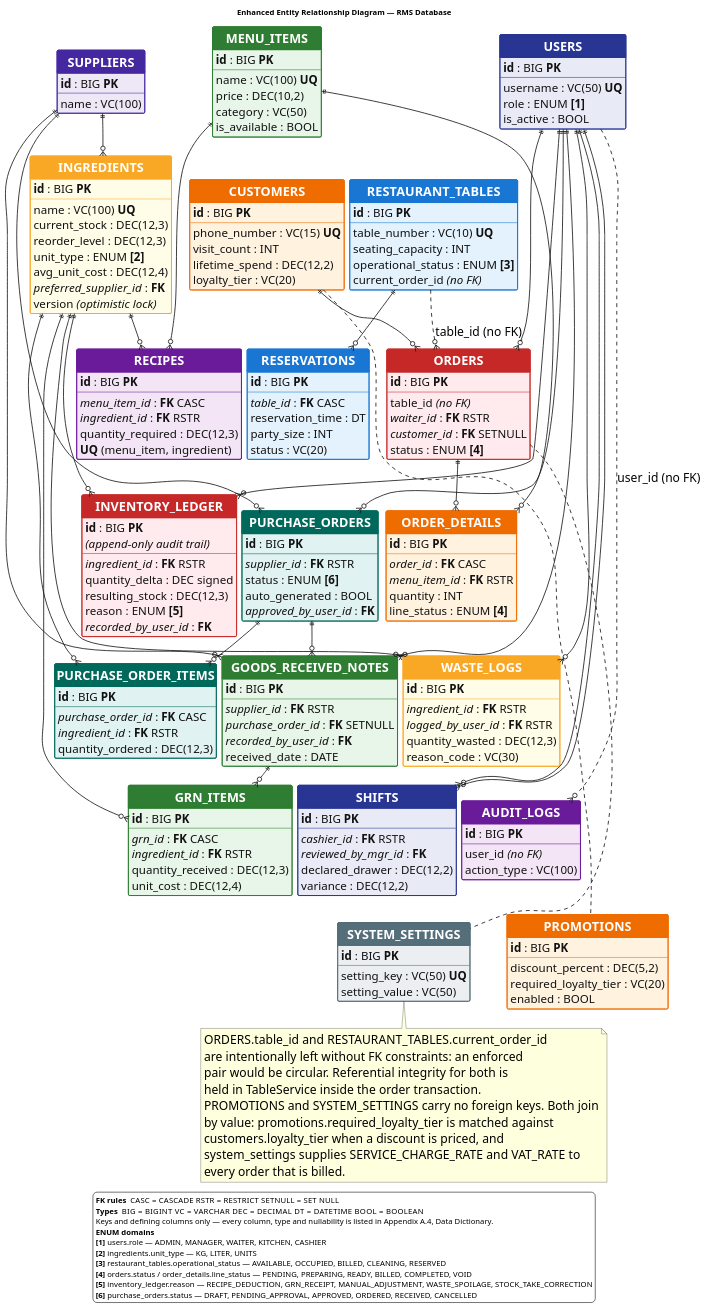
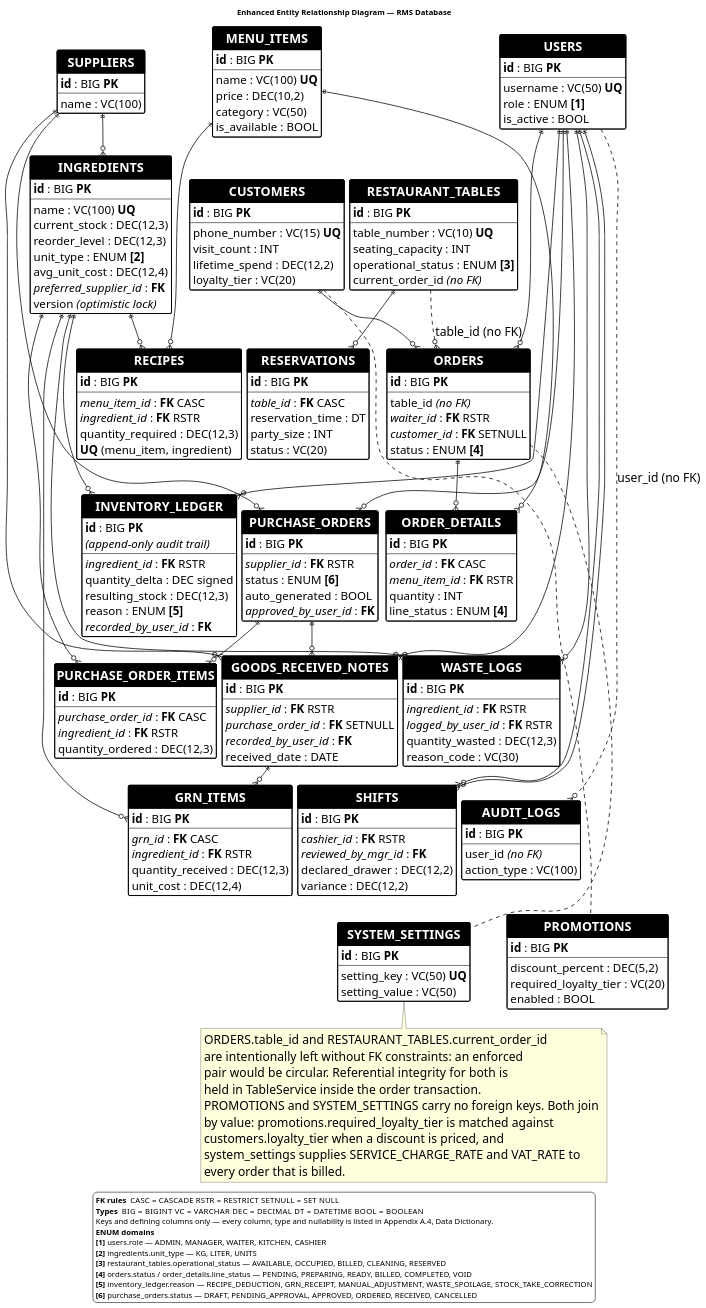
Before and after one commit to Buddhimal-Ramanayaka/restaurant-management-system: the diagram in diagrams-source/fig3_2_erd.puml, drawn with PlantUML. The commit also changed 7 other files, not shown here.

First line of the commit message:
Restyle all eight Chapter 2-3 diagrams to plain UML notation

```diff
--- a/diagrams-source/fig3_2_erd.puml
+++ b/diagrams-source/fig3_2_erd.puml
@@ -22,58 +22,58 @@
 
 skinparam class {
   BorderThickness 1.6
-  AttributeFontColor #111111
+  AttributeFontColor #000000
   FontColor #FFFFFF
 }
 skinparam class<<usr>> {
-  BackgroundColor #E8EAF6
-  HeaderBackgroundColor #283593
-  BorderColor #283593
+  BackgroundColor #FFFFFF
+  HeaderBackgroundColor #000000
+  BorderColor #000000
 }
 skinparam class<<menu>> {
-  BackgroundColor #E8F5E9
-  HeaderBackgroundColor #2E7D32
-  BorderColor #2E7D32
+  BackgroundColor #FFFFFF
+  HeaderBackgroundColor #000000
+  BorderColor #000000
 }
 skinparam class<<ingr>> {
-  BackgroundColor #FFFDE7
-  HeaderBackgroundColor #F9A825
-  BorderColor #F9A825
+  BackgroundColor #FFFFFF
+  HeaderBackgroundColor #000000
+  BorderColor #000000
 }
 skinparam class<<tbl>> {
-  BackgroundColor #E3F2FD
-  HeaderBackgroundColor #1976D2
-  BorderColor #1976D2
+  BackgroundColor #FFFFFF
+  HeaderBackgroundColor #000000
+  BorderColor #000000
 }
 skinparam class<<supp>> {
-  BackgroundColor #EDE7F6
-  HeaderBackgroundColor #4527A0
-  BorderColor #4527A0
+  BackgroundColor #FFFFFF
+  HeaderBackgroundColor #000000
+  BorderColor #000000
 }
 skinparam class<<join>> {
-  BackgroundColor #F3E5F5
-  HeaderBackgroundColor #6A1B9A
-  BorderColor #6A1B9A
+  BackgroundColor #FFFFFF
+  HeaderBackgroundColor #000000
+  BorderColor #000000
 }
 skinparam class<<ord>> {
-  BackgroundColor #FFEBEE
-  HeaderBackgroundColor #C62828
-  BorderColor #C62828
+  BackgroundColor #FFFFFF
+  HeaderBackgroundColor #000000
+  BorderColor #000000
 }
 skinparam class<<det>> {
-  BackgroundColor #FFF3E0
-  HeaderBackgroundColor #EF6C00
-  BorderColor #EF6C00
+  BackgroundColor #FFFFFF
+  HeaderBackgroundColor #000000
+  BorderColor #000000
 }
 skinparam class<<proc>> {
-  BackgroundColor #E0F2F1
-  HeaderBackgroundColor #00695C
-  BorderColor #00695C
+  BackgroundColor #FFFFFF
+  HeaderBackgroundColor #000000
+  BorderColor #000000
 }
 skinparam class<<cfg>> {
-  BackgroundColor #ECEFF1
-  HeaderBackgroundColor #546E7A
-  BorderColor #546E7A
+  BackgroundColor #FFFFFF
+  HeaderBackgroundColor #000000
+  BorderColor #000000
 }
 
 title Enhanced Entity Relationship Diagram — RMS Database
```
